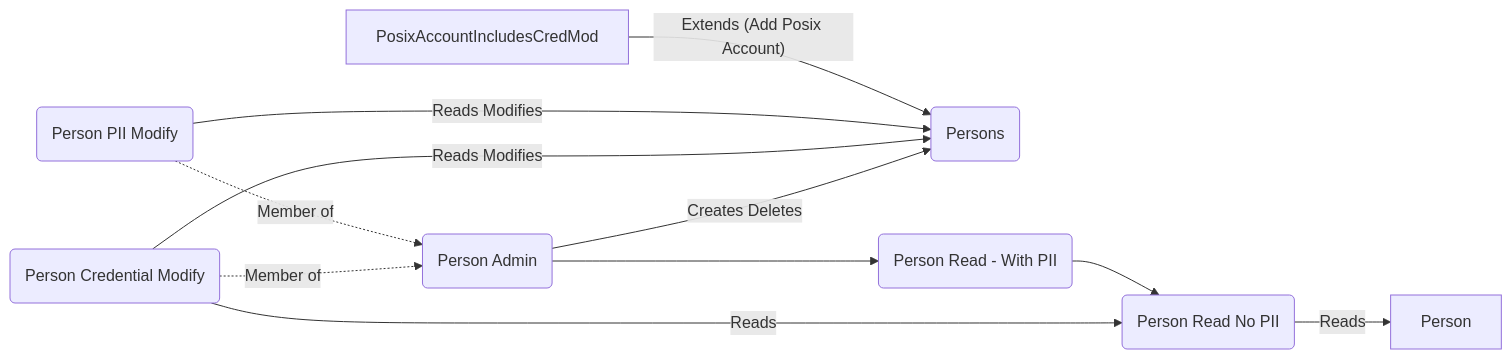
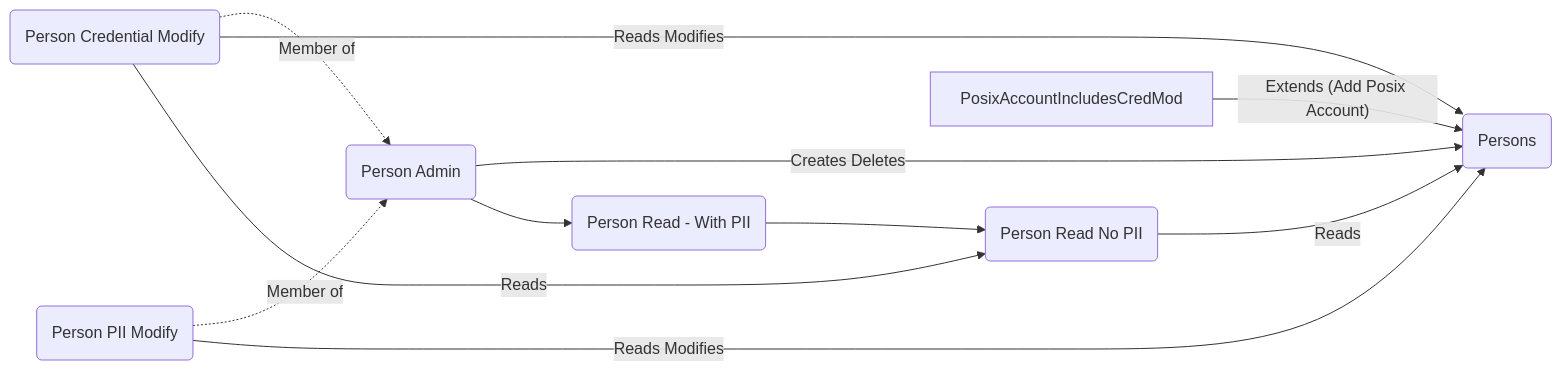
The sixth of 12 diagrams in book/src/developers/designs/access_control_defaults.md (kanidm/kanidm), drawn with Mermaid before and after one commit.

````diff
--- a/book/src/developers/designs/access_control_defaults.md
+++ b/book/src/developers/designs/access_control_defaults.md
@@ -63,15 +63,15 @@
 ```mermaid
 graph LR
 
 PersonAdmin("Person Admin") --> |"Creates Deletes"| Persons("Persons")
 PersonCredentialModify("Person Credential Modify") -.-> |"Member of"| PersonAdmin
 PersonPIIModify("Person PII Modify") -.-> |"Member of"| PersonAdmin 
 PersonCredentialModify --> |"Reads Modifies"| Persons
 PersonCredentialModify --> |"Reads"| PersonReadNoPII("Person Read No PII")
 PersonPIIModify --> |"Reads Modifies"| Persons
 PersonAdmin --> PersonReadWithPII("Person Read - With PII")
 PersonReadWithPII --> PersonReadNoPII
-PersonReadNoPII --> |"Reads"| Person
+PersonReadNoPII --> |"Reads"| Persons
 PosixAccountIncludesCredMod --> |"Extends (Add Posix Account)"| Persons
 
 ```
````
